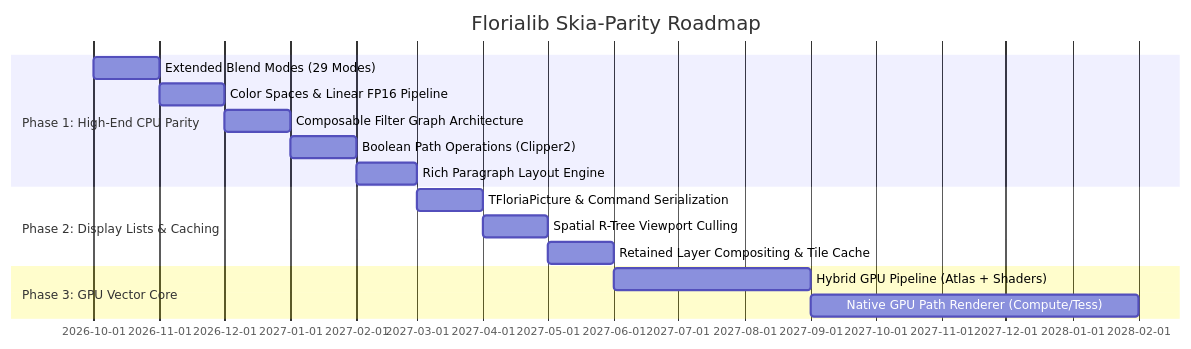
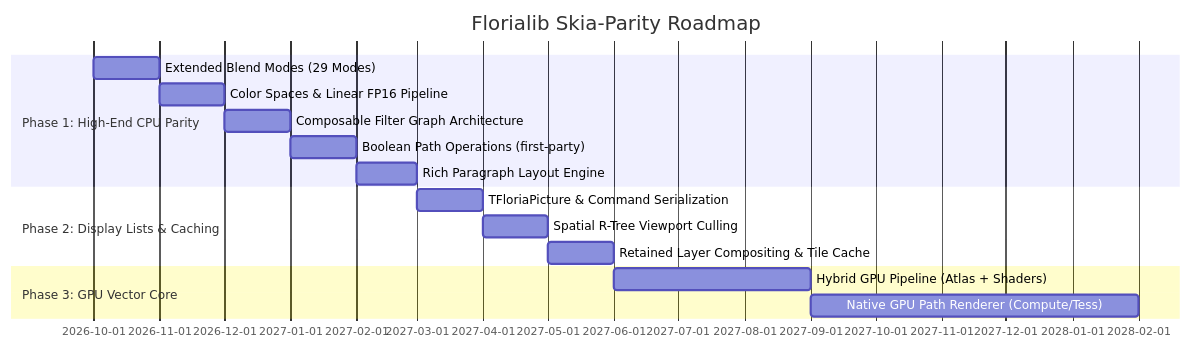
One commit to kiranaproject/florialib changed the third of 3 diagrams in roadmap.md. Above: the diagram before and after it, drawn with Mermaid. The commit also changed other lines of this file and 29 other files, not shown here.

First line of the commit message:
feat(path): remove vendored Clipper2, freeze behaviour as golden data

````diff
--- a/roadmap.md
+++ b/roadmap.md
@@ -120,18 +120,18 @@
 ```mermaid
 gantt
     title Florialib Skia-Parity Roadmap
     dateFormat  YYYY-MM
     section Phase 1: High-End CPU Parity
     Extended Blend Modes (29 Modes)          :p1_1, 2026-10, 2026-11
     Color Spaces & Linear FP16 Pipeline       :p1_2, 2026-11, 2026-12
     Composable Filter Graph Architecture      :p1_3, 2026-12, 2027-01
-    Boolean Path Operations (Clipper2)        :p1_4, 2027-01, 2027-02
+    Boolean Path Operations (first-party)     :p1_4, 2027-01, 2027-02
     Rich Paragraph Layout Engine              :p1_5, 2027-02, 2027-03
     section Phase 2: Display Lists & Caching
     TFloriaPicture & Command Serialization    :p2_1, 2027-03, 2027-04
     Spatial R-Tree Viewport Culling           :p2_2, 2027-04, 2027-05
     Retained Layer Compositing & Tile Cache   :p2_3, 2027-05, 2027-06
     section Phase 3: GPU Vector Core
     Hybrid GPU Pipeline (Atlas + Shaders)     :p3_1, 2027-06, 2027-09
     Native GPU Path Renderer (Compute/Tess)   :p3_2, 2027-09, 2028-02
 ```
````
